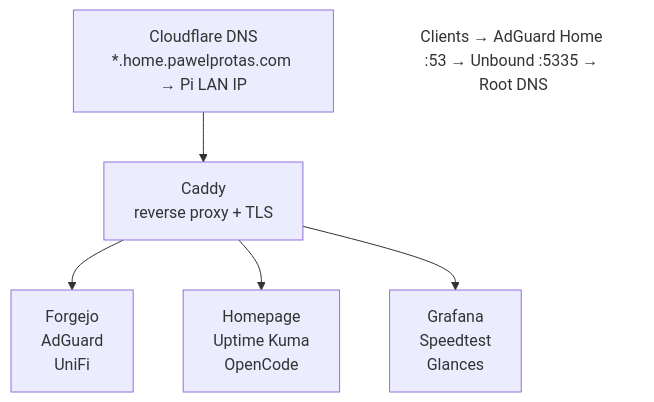
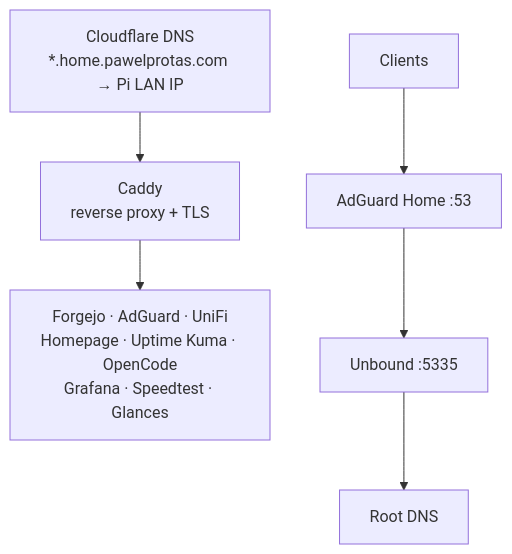
One commit to pprotas/homelab changed the diagram in README.md. Above: the diagram before and after it, drawn with Mermaid.

Commit message:
Simplify architecture diagram: single services block, DNS as flow

````diff
--- a/README.md
+++ b/README.md
@@ -7,11 +7,7 @@
 ```mermaid
 graph TD
-    CF["Cloudflare DNS<br>*.home.pawelprotas.com → Pi LAN IP"] --> Caddy["Caddy<br>reverse proxy + TLS"]
-    Caddy --> G1["Forgejo<br>AdGuard<br>UniFi"]
-    Caddy --> G2["Homepage<br>Uptime Kuma<br>OpenCode"]
-    Caddy --> G3["Grafana<br>Speedtest<br>Glances"]
-
-    DNS["Clients → AdGuard Home :53 → Unbound :5335 → Root DNS"]
-
-    style DNS fill:none,stroke:none
+    CF["Cloudflare DNS<br>*.home.pawelprotas.com → Pi LAN IP"]
+    CF --> Caddy["Caddy<br>reverse proxy + TLS"]
+    Caddy --> Services["Forgejo · AdGuard · UniFi<br>Homepage · Uptime Kuma · OpenCode<br>Grafana · Speedtest · Glances"]
+    Clients["Clients"] --> AdGuard["AdGuard Home :53"] --> Unbound["Unbound :5335"] --> Root["Root DNS"]
 ```
````
